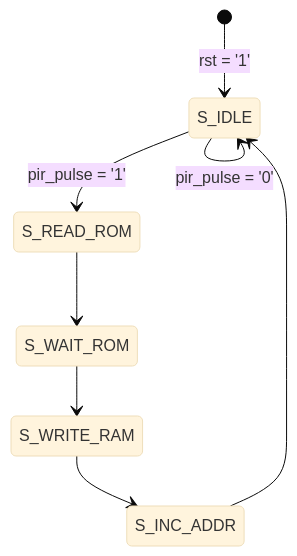
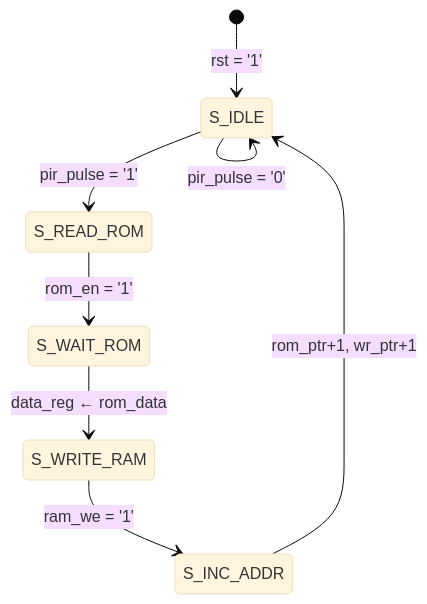
One commit to estebanmeneses-gif/Microproyecto2_PIR changed the second of 2 diagrams in README.md. Above: the diagram before and after it, drawn with Mermaid (base theme). The commit also changed other lines of this file and 4 other files, not shown here.

Commit message:
Diagramas de arquitectura y FSM en Mermaid

````diff
--- a/README.md
+++ b/README.md
@@ -160,17 +166,17 @@
 ```mermaid
 stateDiagram-v2
 
     [*] --> S_IDLE : rst = '1'
 
     S_IDLE --> S_IDLE : pir_pulse = '0'
 
     S_IDLE --> S_READ_ROM : pir_pulse = '1'
 
-    S_READ_ROM --> S_WAIT_ROM
+    S_READ_ROM --> S_WAIT_ROM : rom_en = '1'
 
-    S_WAIT_ROM --> S_WRITE_RAM
+    S_WAIT_ROM --> S_WRITE_RAM : data_reg ← rom_data
 
-    S_WRITE_RAM --> S_INC_ADDR
+    S_WRITE_RAM --> S_INC_ADDR : ram_we = '1'
 
-    S_INC_ADDR --> S_IDLE
+    S_INC_ADDR --> S_IDLE : rom_ptr+1, wr_ptr+1
 ```
````
